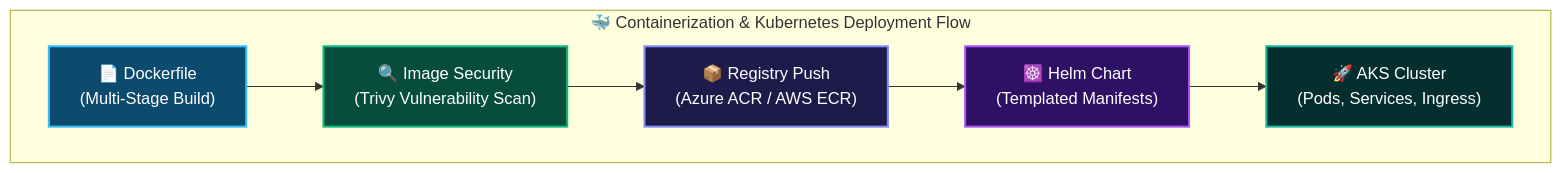
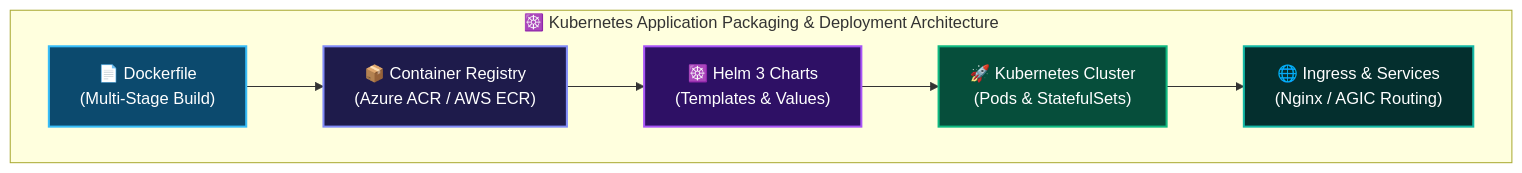
One commit to Sarvesh0401/Sarvesh0401 changed the fourth of 5 diagrams in README.md. Above: the diagram before and after it, drawn with Mermaid. The commit also changed other lines of this file and 2 other files, not shown here.

First line of the commit message:
feat: align profile with resume focusing on Terraform, CI/CD, and Kubernetes

````diff
--- a/README.md
+++ b/README.md
@@ -202,22 +200,22 @@
 ```mermaid
 flowchart TD
-    subgraph ContainerFlow ["🐳 Containerization & Kubernetes Deployment Flow"]
+    subgraph ContainerFlow ["☸️ Kubernetes Application Packaging & Deployment Architecture"]
         direction LR
-        D1["📄 Dockerfile<br/>(Multi-Stage Build)"] --> D2["🔍 Image Security<br/>(Trivy Vulnerability Scan)"]
-        D2 --> D3["📦 Registry Push<br/>(Azure ACR / AWS ECR)"]
-        D3 --> D4["☸️ Helm Chart<br/>(Templated Manifests)"]
-        D4 --> D5["🚀 AKS Cluster<br/>(Pods, Services, Ingress)"]
+        D1["📄 Dockerfile<br/>(Multi-Stage Build)"] --> D2["📦 Container Registry<br/>(Azure ACR / AWS ECR)"]
+        D2 --> D3["☸️ Helm 3 Charts<br/>(Templates & Values)"]
+        D3 --> D4["🚀 Kubernetes Cluster<br/>(Pods & StatefulSets)"]
+        D4 --> D5["🌐 Ingress & Services<br/>(Nginx / AGIC Routing)"]
     end
 
     classDef d1 fill:#0c4a6e,stroke:#38bdf8,stroke-width:2px,color:#fff;
-    classDef d2 fill:#064e3b,stroke:#10b981,stroke-width:2px,color:#fff;
-    classDef d3 fill:#1e1b4b,stroke:#818cf8,stroke-width:2px,color:#fff;
-    classDef d4 fill:#2e1065,stroke:#a855f7,stroke-width:2px,color:#fff;
+    classDef d2 fill:#1e1b4b,stroke:#818cf8,stroke-width:2px,color:#fff;
+    classDef d3 fill:#2e1065,stroke:#a855f7,stroke-width:2px,color:#fff;
+    classDef d4 fill:#064e3b,stroke:#10b981,stroke-width:2px,color:#fff;
     classDef d5 fill:#042f2e,stroke:#14b8a6,stroke-width:2px,color:#fff;
 
     class D1 d1;
     class D2 d2;
     class D3 d3;
     class D4 d4;
     class D5 d5;
 ```
````
